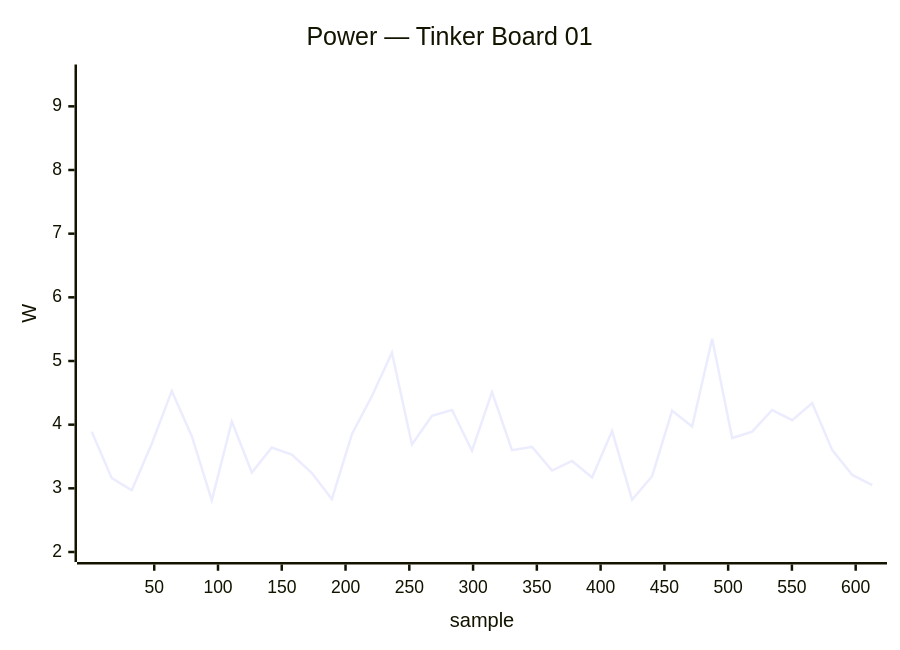
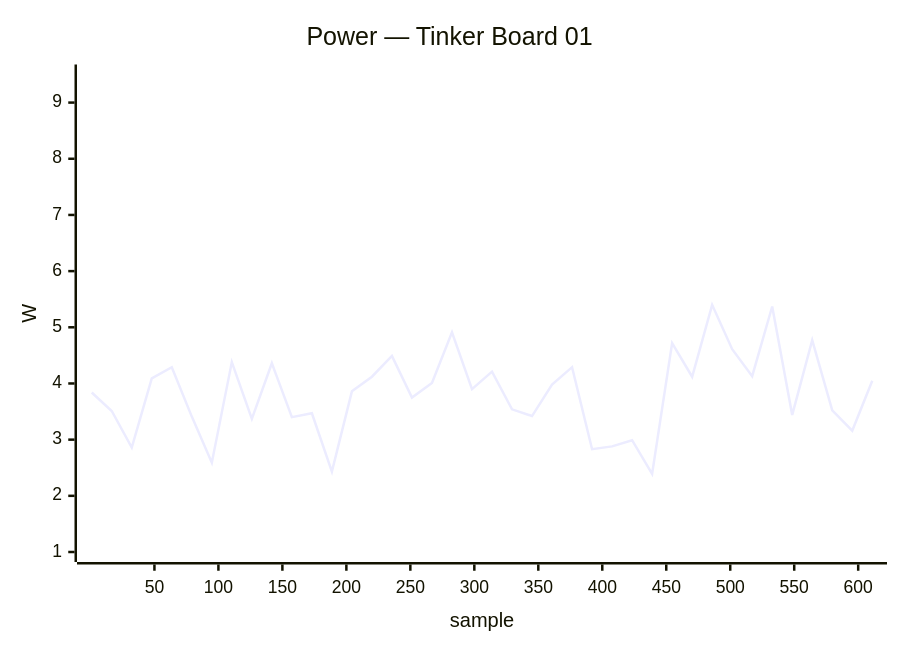
One commit to armbian/documentation changed diagram 16 of 34 in docs/status/board-tests.md. Above: the diagram before and after it, drawn with Mermaid. The commit also changed other lines of this file, not shown here.

````diff
--- a/docs/status/board-tests.md
+++ b/docs/status/board-tests.md
@@ -773,7 +788,7 @@
 ```mermaid
 xychart-beta
     title "Power — Tinker Board 01"
-    x-axis "sample" 1 --> 613
-    y-axis "W" 2.0 --> 9.5
-    line [3.89, 3.16, 2.97, 3.70, 4.53, 3.82, 2.81, 4.05, 3.25, 3.64, 3.53, 3.24, 2.83, 3.85, 4.45, 5.13, 3.69, 4.14, 4.23, 3.59, 4.51, 3.60, 3.65, 3.28, 3.43, 3.17, 3.90, 2.82, 3.19, 4.22, 3.97, 5.35, 3.79, 3.89, 4.23, 4.07, 4.34, 3.60, 3.21, 3.05]
+    x-axis "sample" 1 --> 611
+    y-axis "W" 1.0 --> 9.5
+    line [3.84, 3.51, 2.86, 4.09, 4.29, 3.41, 2.59, 4.38, 3.37, 4.36, 3.40, 3.47, 2.43, 3.86, 4.12, 4.49, 3.75, 4.01, 4.91, 3.90, 4.21, 3.54, 3.42, 3.98, 4.29, 2.83, 2.88, 2.99, 2.39, 4.72, 4.12, 5.40, 4.61, 4.13, 5.37, 3.44, 4.77, 3.52, 3.16, 4.05]
 ```
````
